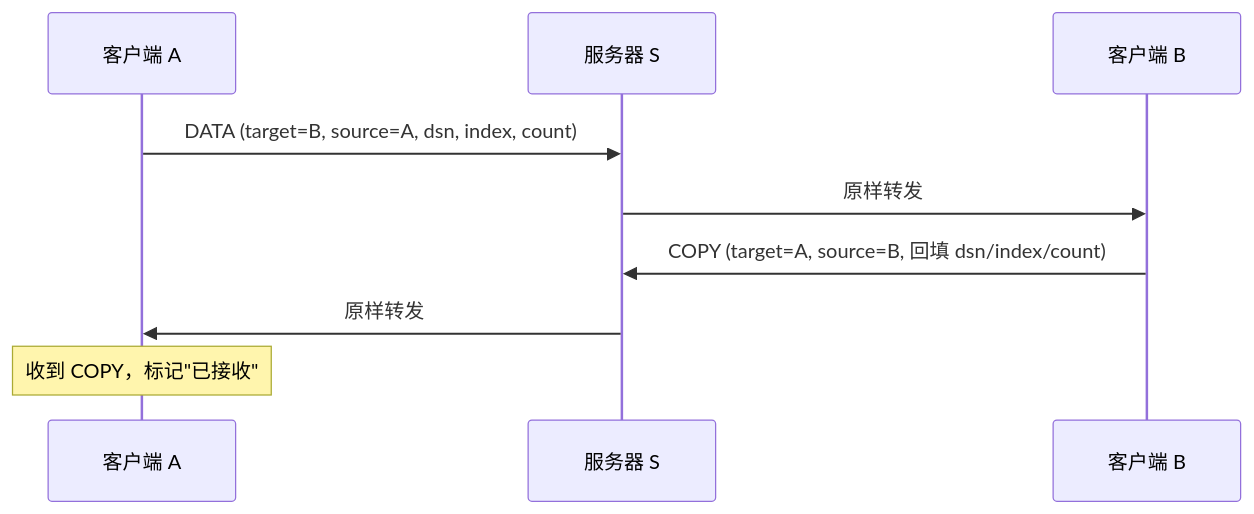
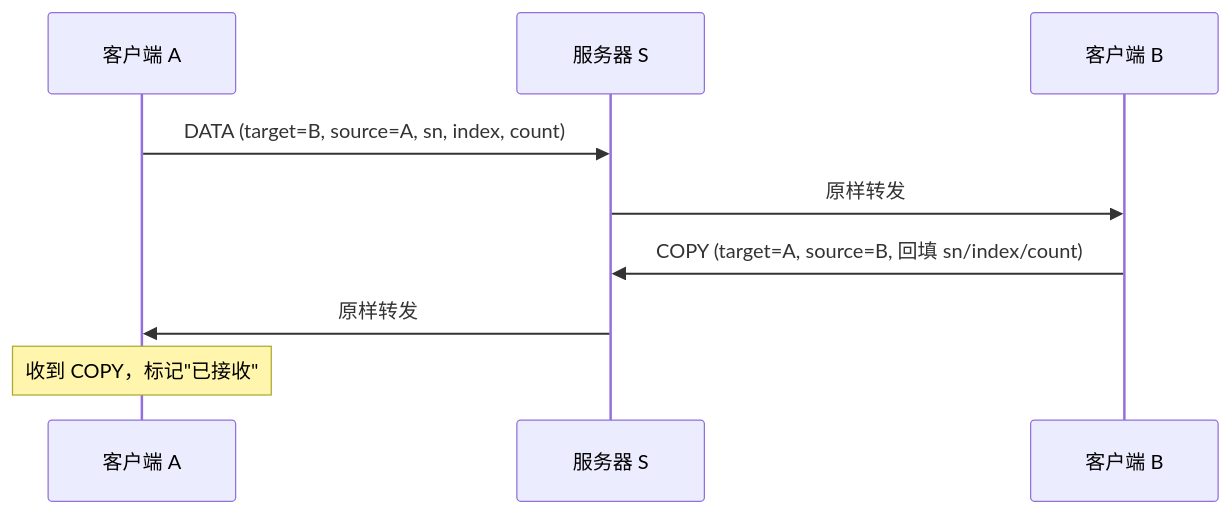
Before and after one commit to moky/magpie: the fifth of 6 diagrams in docs/workflow.md, drawn with Mermaid. The commit also changed other lines of this file and 8 other files, not shown here.

````diff
--- a/docs/workflow.md
+++ b/docs/workflow.md
@@ -150,12 +152,12 @@
 ```mermaid
 sequenceDiagram
     participant A as 客户端 A
     participant S as 服务器 S
     participant B as 客户端 B
 
-    A->>S: DATA (target=B, source=A, dsn, index, count)
+    A->>S: DATA (target=B, source=A, sn, index, count)
     S->>B: 原样转发
-    B->>S: COPY (target=A, source=B, 回填 dsn/index/count)
+    B->>S: COPY (target=A, source=B, 回填 sn/index/count)
     S->>A: 原样转发
     Note over A: 收到 COPY，标记"已接收"
 ```
````
